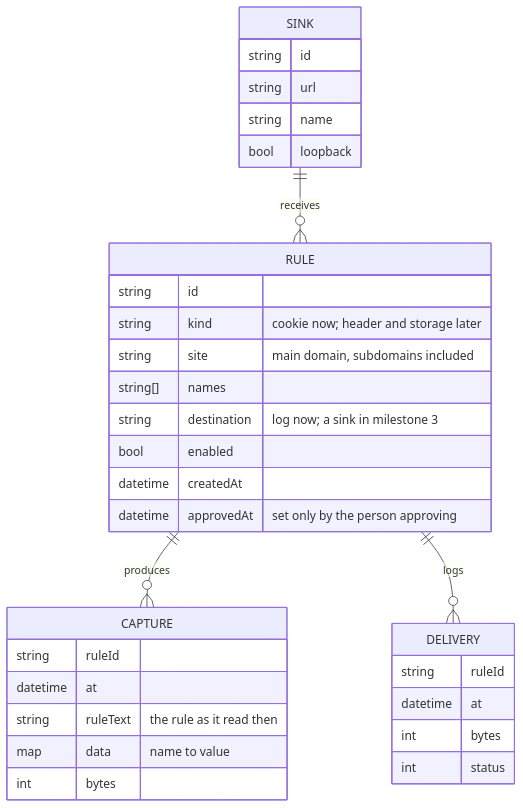
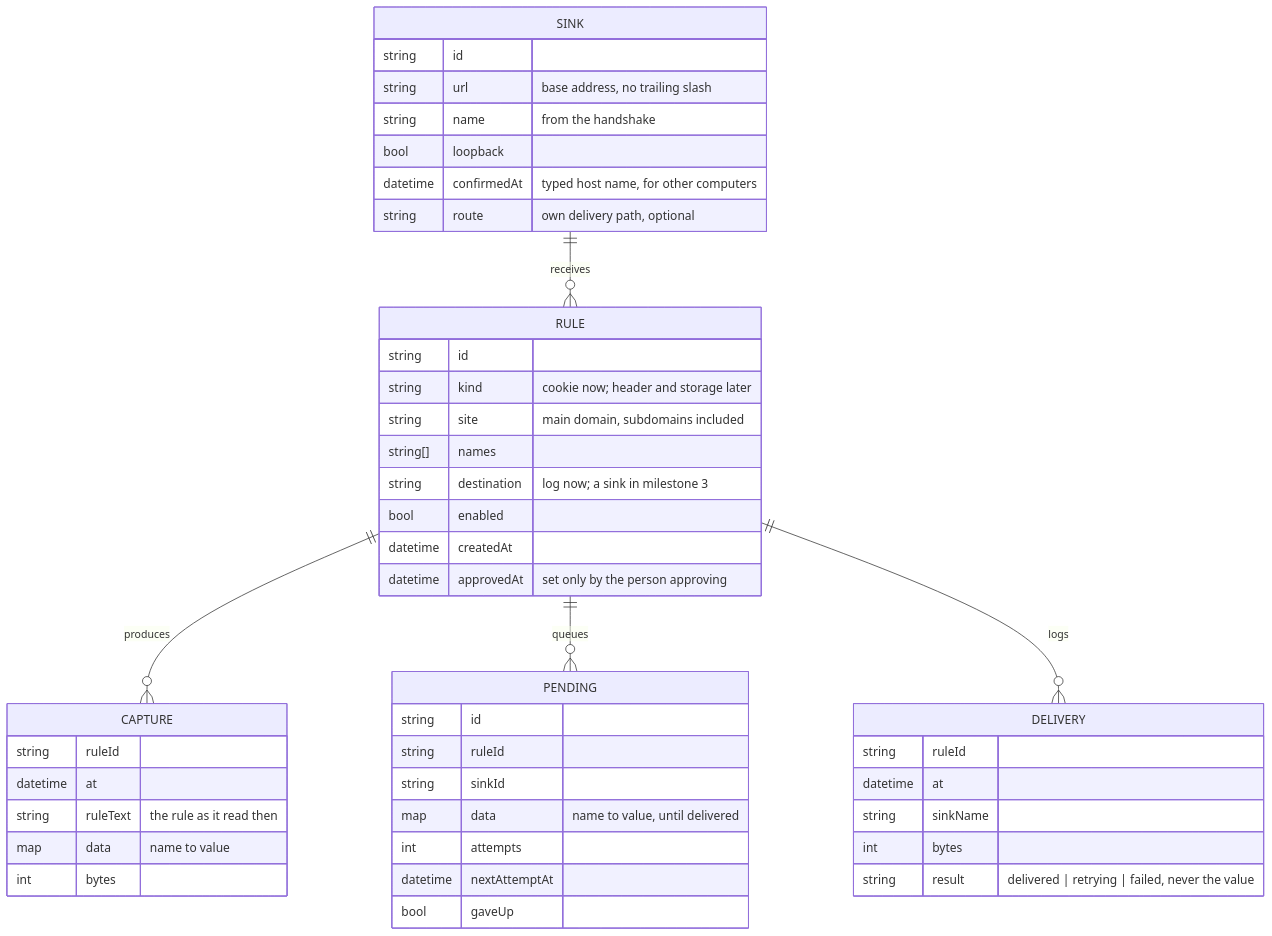
The third of 4 diagrams in docs/ARCHITECTURE.md (BlackCanyonSoftware/conduit_extension_BCS), drawn with Mermaid before and after one commit. The commit also changed other lines of this file and 8 other files, not shown here.

Commit message:
docs: integration contract, ADR 0006, apps and delivery in the architecture, handoff and changelog

````diff
--- a/docs/ARCHITECTURE.md
+++ b/docs/ARCHITECTURE.md
@@ -72,35 +72,48 @@
 ```mermaid
 erDiagram
   RULE ||--o{ CAPTURE : produces
   SINK ||--o{ RULE : receives
+  RULE ||--o{ PENDING : queues
   RULE ||--o{ DELIVERY : logs
   RULE {
     string id
     string kind "cookie now; header and storage later"
     string site "main domain, subdomains included"
     string[] names
     string destination "log now; a sink in milestone 3"
     bool enabled
     datetime createdAt
     datetime approvedAt "set only by the person approving"
   }
   SINK {
     string id
-    string url
-    string name
+    string url "base address, no trailing slash"
+    string name "from the handshake"
     bool loopback
+    datetime confirmedAt "typed host name, for other computers"
+    string route "own delivery path, optional"
+  }
+  PENDING {
+    string id
+    string ruleId
+    string sinkId
+    map data "name to value, until delivered"
+    int attempts
+    datetime nextAttemptAt
+    bool gaveUp
   }
   CAPTURE {
     string ruleId
     datetime at
     string ruleText "the rule as it read then"
     map data "name to value"
     int bytes
   }
   DELIVERY {
     string ruleId
     datetime at
+    string sinkName
     int bytes
-    int status
+    string result "delivered | retrying | failed, never the value"
   }
 ```
````
